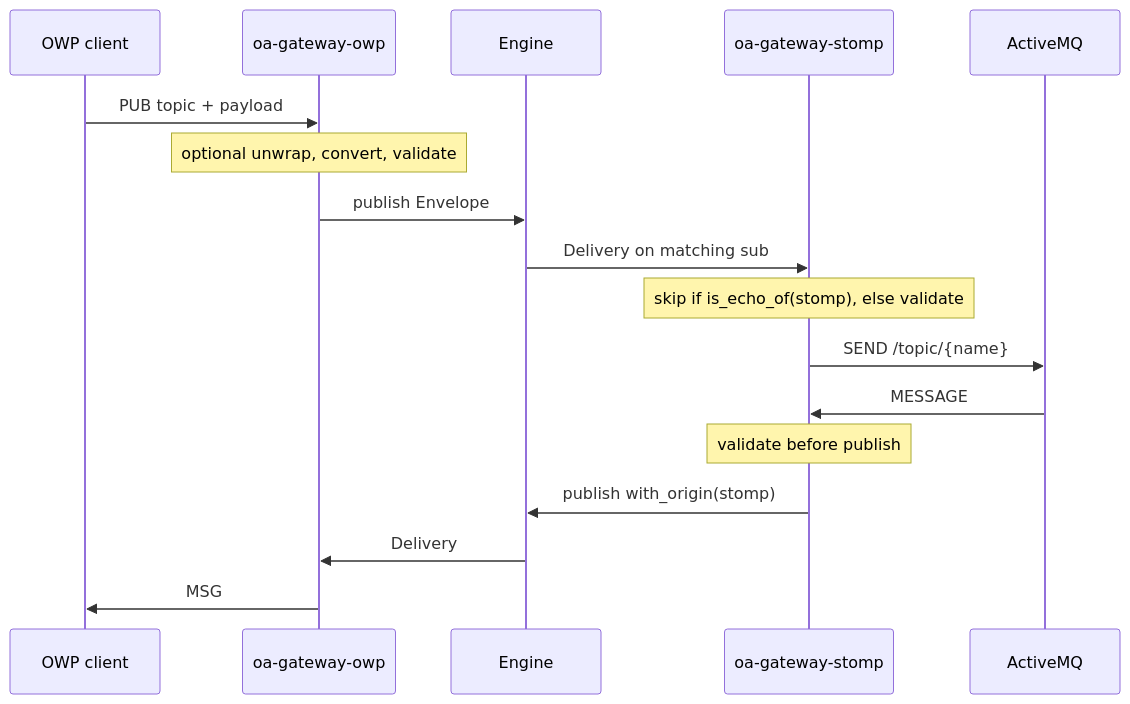
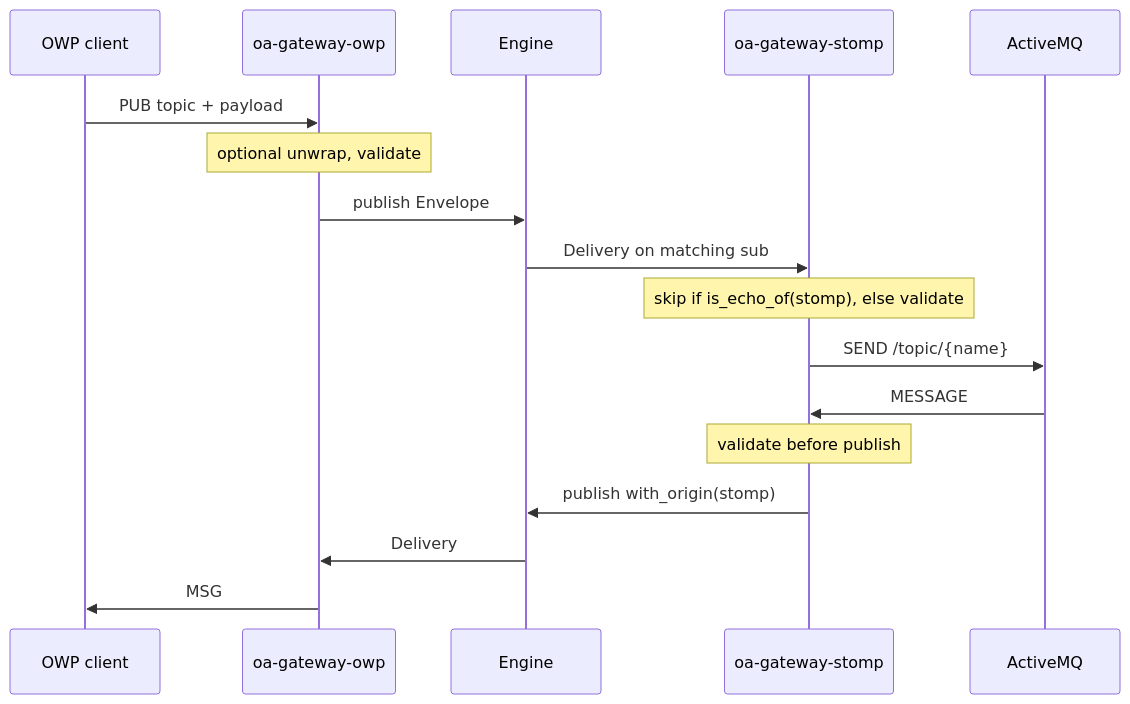
The second of 2 diagrams in docs/architecture.md (OpenAutonomy/oa-gateway), drawn with Mermaid before and after one commit. The commit also changed other lines of this file and 110 other files, not shown here.

````diff
--- a/docs/architecture.md
+++ b/docs/architecture.md
@@ -130,21 +123,21 @@
 ```mermaid
 sequenceDiagram
   participant WS as OWP client
   participant OWP as oa-gateway-owp
   participant Eng as Engine
   participant STOMP as oa-gateway-stomp
   participant AMQ as ActiveMQ
 
   WS->>OWP: PUB topic + payload
-  Note over OWP: optional unwrap, convert, validate
+  Note over OWP: optional unwrap, validate
   OWP->>Eng: publish Envelope
   Eng->>STOMP: Delivery on matching sub
   Note over STOMP: skip if is_echo_of(stomp), else validate
   STOMP->>AMQ: SEND /topic/{name}
 
   AMQ->>STOMP: MESSAGE
   Note over STOMP: validate before publish
   STOMP->>Eng: publish with_origin(stomp)
   Eng->>OWP: Delivery
   OWP->>WS: MSG
 ```
````
